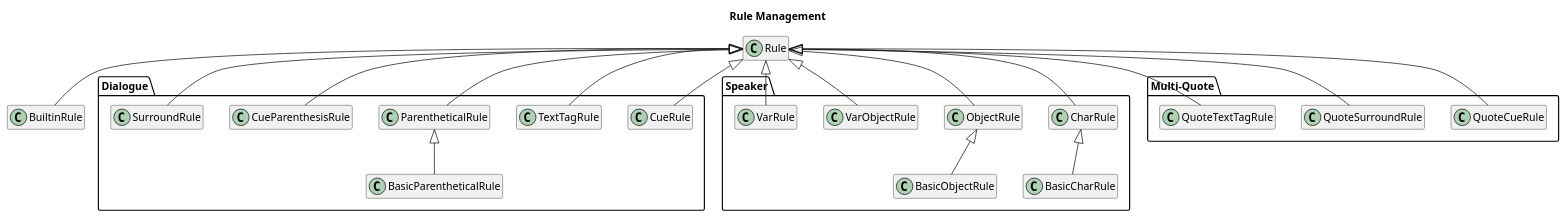
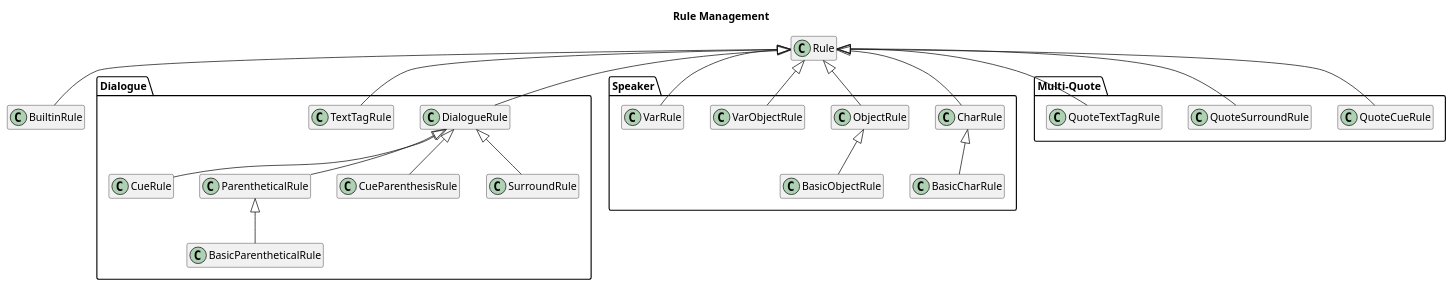
The diagram in assets/diagrams/rule-management/classes.puml (Edexaal/nonarrate), drawn with PlantUML before and after one commit. The commit also changed 25 other files, not shown here.

```diff
--- a/assets/diagrams/rule-management/classes.puml
+++ b/assets/diagrams/rule-management/classes.puml
@@ -1,42 +1,44 @@
 @startuml
 hide empty members
 title "Rule Management"
 package "Dialogue" {
+  class DialogueRule
   class CueRule
   class TextTagRule
   class ParentheticalRule
   class CueParenthesisRule
   class BasicParentheticalRule
   class SurroundRule
 }
 package "Speaker" {
   class CharRule
   class ObjectRule
   class VarObjectRule
   class BasicObjectRule
   class BasicCharRule
   class VarRule
 }
 package "Multi-Quote" {
   class QuoteCueRule
   class QuoteSurroundRule
   class QuoteTextTagRule
 }
 'Rules Relations
 Rule <|-- CharRule
 Rule <|-- ObjectRule
 Rule <|-- VarObjectRule
 Rule <|-- VarRule
-Rule <|-- CueRule
 Rule <|-- TextTagRule
 Rule <|-- QuoteCueRule
 Rule <|-- QuoteTextTagRule
 Rule <|-- QuoteSurroundRule
 Rule <|-- BuiltinRule
-Rule <|-- ParentheticalRule
-Rule <|-- CueParenthesisRule
-Rule <|-- SurroundRule
+Rule <|-- DialogueRule
+DialogueRule <|-- CueRule
+DialogueRule <|-- ParentheticalRule
+DialogueRule <|-- CueParenthesisRule
+DialogueRule <|-- SurroundRule
 CharRule <|-- BasicCharRule
 ObjectRule <|-- BasicObjectRule
 ParentheticalRule <|-- BasicParentheticalRule
 @enduml
```
